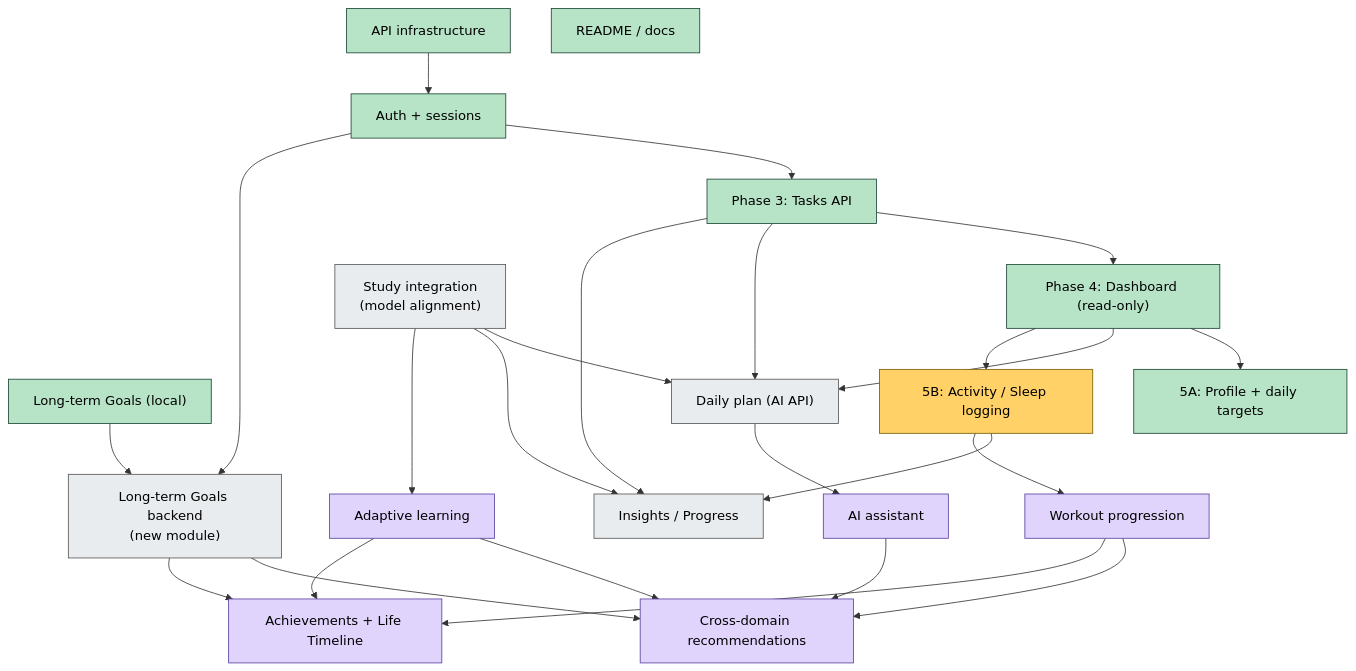
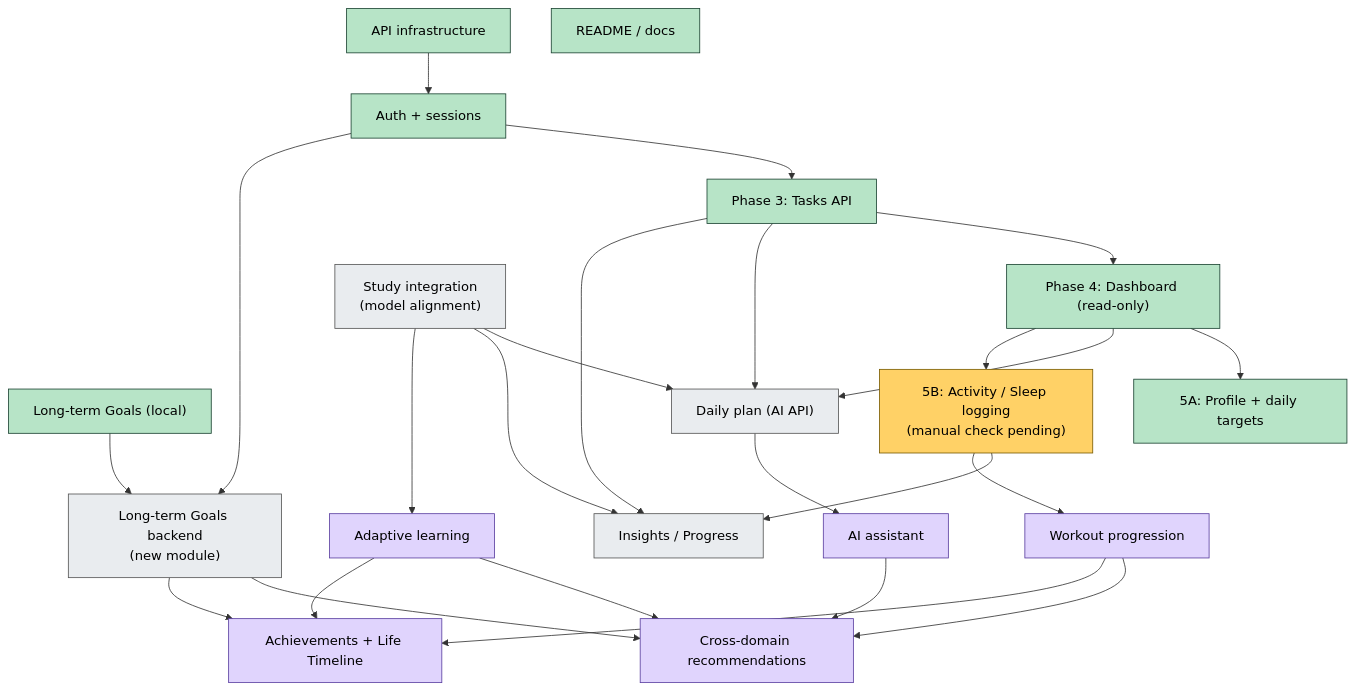
The diagram in docs/omnia-vault/Roadmap/Roadmap.md (Gaoher-1207/omnia), drawn with Mermaid before and after one commit. The commit also changed other lines of this file and 33 other files, not shown here.

Commit message:
Integrate activity and sleep logging

````diff
--- a/docs/omnia-vault/Roadmap/Roadmap.md
+++ b/docs/omnia-vault/Roadmap/Roadmap.md
@@ -25,48 +26,48 @@
 ```mermaid
 flowchart TD
     classDef done fill:#b7e4c7,stroke:#1b4332,color:#000
     classDef next fill:#ffd166,stroke:#7a5c00,color:#000
     classDef later fill:#e9ecef,stroke:#555,color:#000
     classDef vision fill:#e0d4fd,stroke:#5a3fa0,color:#000
 
     G["Long-term Goals (local)"]:::done
     INF["API infrastructure"]:::done
     AUTH["Auth + sessions"]:::done
     DOC["README / docs"]:::done
     T["Phase 3: Tasks API"]:::done
     DASH["Phase 4: Dashboard (read-only)"]:::done
     TGT["5A: Profile + daily targets"]:::done
     PLAN["Daily plan (AI API)"]:::later
     STUDY["Study integration<br/>(model alignment)"]:::later
-    TRACK["5B: Activity / Sleep logging"]:::next
+    TRACK["5B: Activity / Sleep logging<br/>(manual check pending)"]:::next
     INS["Insights / Progress"]:::later
     GB["Long-term Goals backend<br/>(new module)"]:::later
     AL["Adaptive learning"]:::vision
     FIT["Workout progression"]:::vision
     AIA["AI assistant"]:::vision
     XD["Cross-domain recommendations"]:::vision
     ACH["Achievements + Life Timeline"]:::vision
 
     INF --> AUTH --> T
     T --> DASH
     DASH --> TGT
     DASH --> PLAN
     T --> PLAN
     STUDY --> PLAN
     DASH --> TRACK
     TRACK --> INS
     T --> INS
     STUDY --> INS
     AUTH --> GB
     G --> GB
     STUDY --> AL
     TRACK --> FIT
     PLAN --> AIA
     AL --> XD
     FIT --> XD
     GB --> XD
     AIA --> XD
     GB --> ACH
     FIT --> ACH
     AL --> ACH
 ```
````
